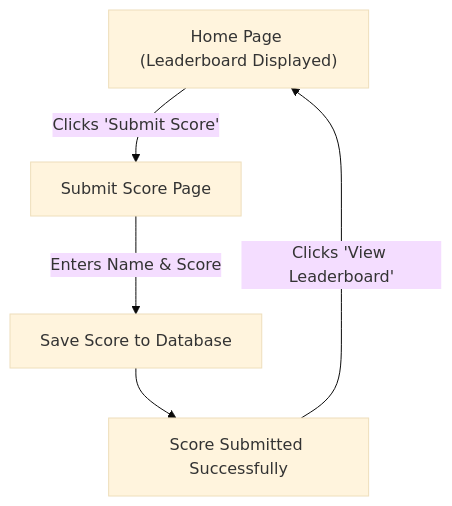
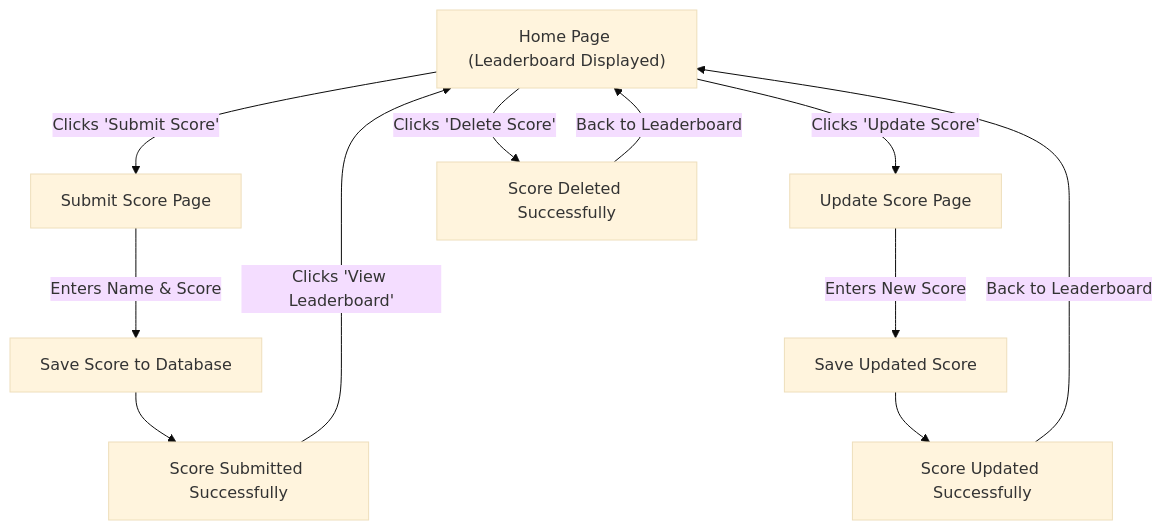
One commit to John-TRI1/BugFreeBrigade2 changed the second of 2 diagrams in Team Project One/planning.md. Above: the diagram before and after it, drawn with Mermaid (base theme). The commit also changed other lines of this file and 25 other files, not shown here.

````diff
--- a/Team Project One/planning.md
+++ b/Team Project One/planning.md
@@ -66,9 +73,18 @@
 ```mermaid
 graph TD;
     Start["Home Page (Leaderboard Displayed)"] -->|Clicks 'Submit Score'| SubmitScore["Submit Score Page"]
     
     SubmitScore -->|Enters Name & Score| SaveScore["Save Score to Database"] --> SubmissionSuccess["Score Submitted Successfully"]
     
     SubmissionSuccess -->|Clicks 'View Leaderboard'| Start["Home Page (Leaderboard Displayed)"]
 
+    %% Updating a Score
+    Start -->|Clicks 'Update Score'| UpdateScore["Update Score Page"]
+    UpdateScore -->|Enters New Score| SaveUpdatedScore["Save Updated Score"] --> UpdateSuccess["Score Updated Successfully"]
+    UpdateSuccess -->|Back to Leaderboard| Start
+
+    %% Deleting a Score
+    Start -->|Clicks 'Delete Score'| DeleteScore["Score Deleted Successfully"]
+    DeleteScore -->|Back to Leaderboard| Start
+
 ```
````
